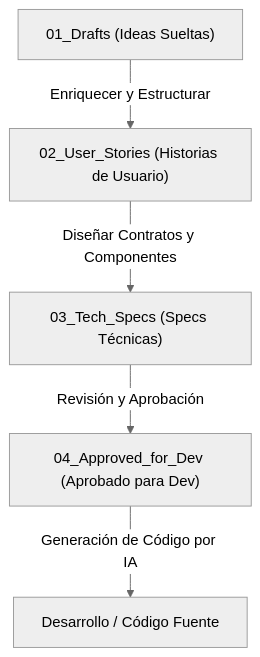
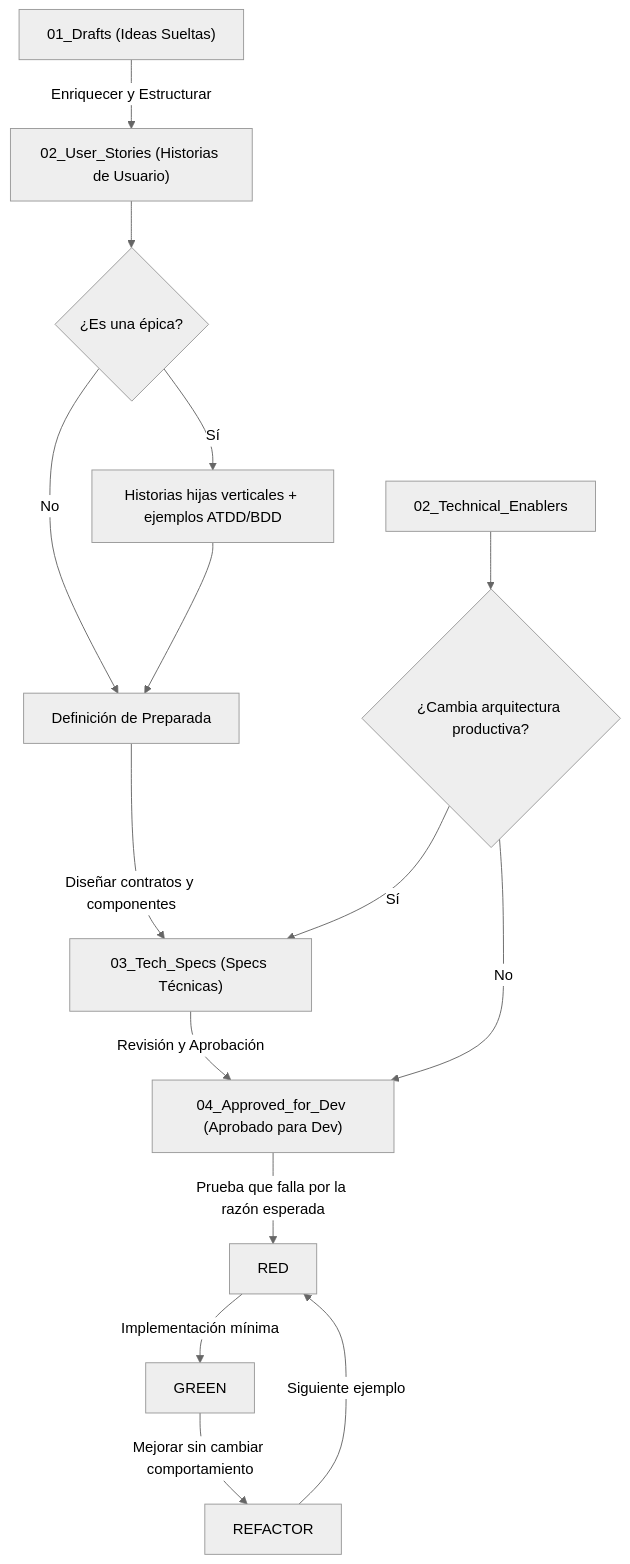
The diagram in obsidian_vault/05_Especificaciones/README.md (estebanSulcaInfante/envaperu-workspace), drawn with Mermaid (neutral theme) before and after one commit. The commit also changed other lines of this file and 93 other files, not shown here.

````diff
--- a/obsidian_vault/05_Especificaciones/README.md
+++ b/obsidian_vault/05_Especificaciones/README.md
@@ -16,7 +16,17 @@
 ```mermaid
 graph TD
     01["01_Drafts (Ideas Sueltas)"] -->|Enriquecer y Estructurar| 02["02_User_Stories (Historias de Usuario)"]
-    02 -->|Diseñar Contratos y Componentes| 03["03_Tech_Specs (Specs Técnicas)"]
+    02 --> E{"¿Es una épica?"}
+    E -->|Sí| R["Historias hijas verticales + ejemplos ATDD/BDD"]
+    E -->|No| D["Definición de Preparada"]
+    R --> D
+    D -->|Diseñar contratos y componentes| 03["03_Tech_Specs (Specs Técnicas)"]
     03 -->|Revisión y Aprobación| 04["04_Approved_for_Dev (Aprobado para Dev)"]
-    04 -->|Generación de Código por IA| DEV["Desarrollo / Código Fuente"]
+    TE["02_Technical_Enablers"] --> Q{"¿Cambia arquitectura productiva?"}
+    Q -->|Sí| 03
+    Q -->|No| 04
+    04 -->|Prueba que falla por la razón esperada| RED["RED"]
+    RED -->|Implementación mínima| GREEN["GREEN"]
+    GREEN -->|Mejorar sin cambiar comportamiento| REFACTOR["REFACTOR"]
+    REFACTOR -->|Siguiente ejemplo| RED
 ```
````
